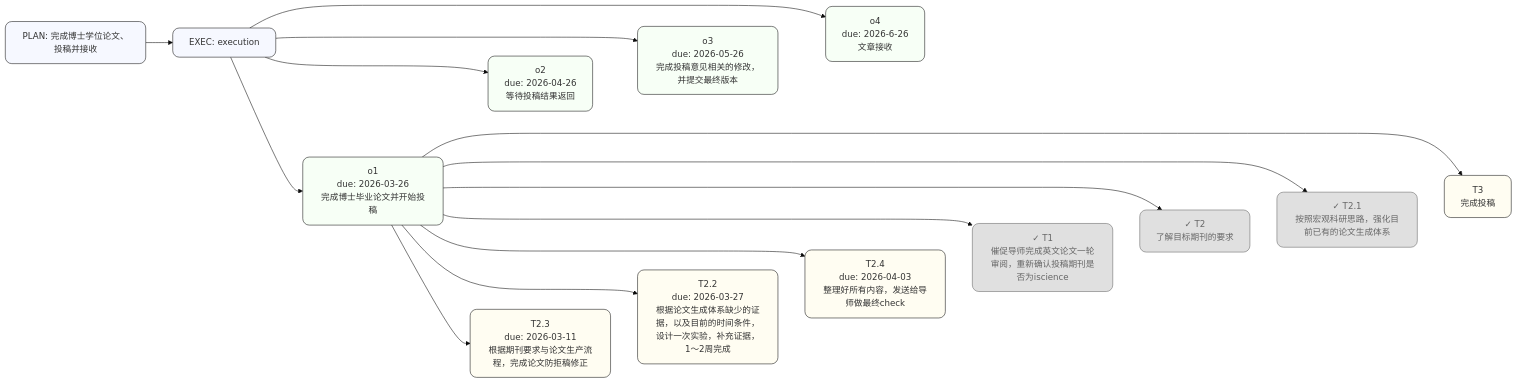
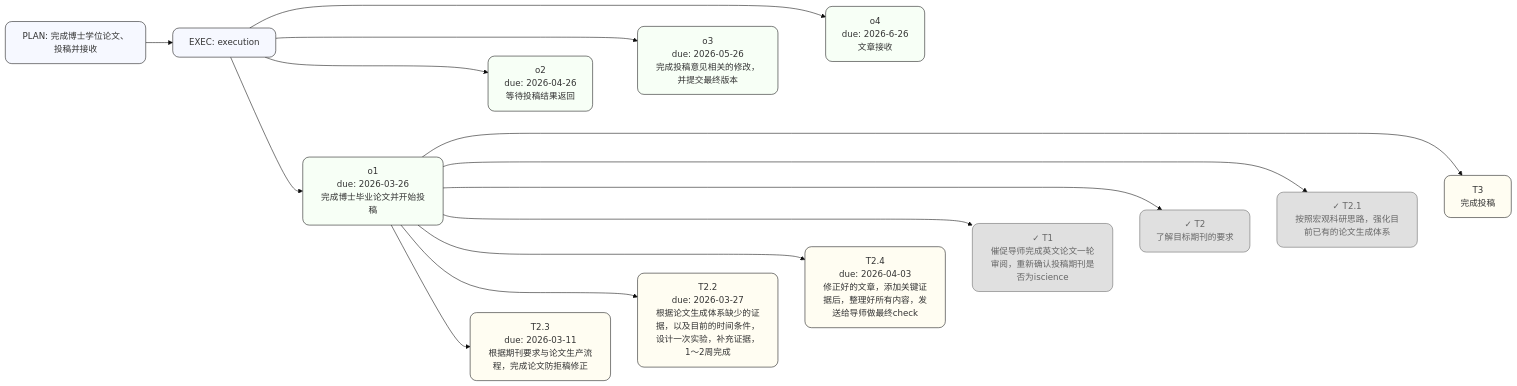
One commit to gbm19950414-ux/Hypothesis-driven-Task-Management-System changed the diagram in outputs/plan_学位证书_graph.mmd. Above: the diagram before and after it, drawn with Mermaid (base theme). The commit also changed 30 other files, not shown here.

```diff
--- a/outputs/plan_学位证书_graph.mmd
+++ b/outputs/plan_学位证书_graph.mmd
@@ -1,41 +1,41 @@
 flowchart LR
 classDef card fill:#ffffff,stroke:#111,stroke-width:1px,rx:10,ry:10;
 classDef plan fill:#f6f8ff,stroke:#111,stroke-width:1px,rx:12,ry:12;
 classDef obj fill:#f7fff6,stroke:#111,stroke-width:1px,rx:12,ry:12;
 classDef hyp fill:#fff6fb,stroke:#111,stroke-width:1px,rx:12,ry:12;
 classDef task fill:#fffdf2,stroke:#111,stroke-width:1px,rx:12,ry:12;
 classDef done fill:#e0e0e0,stroke:#666,stroke-width:1px,color:#666,rx:12,ry:12;
 PLAN["PLAN: 完成博士学位论文、投稿并接收"]:::plan
 EP["EXEC: execution"]:::plan
 PLAN --> EP
 OBJ_o1["o1<br/>due: 2026-03-26<br/>完成博士毕业论文并开始投稿"]:::obj
 EP --> OBJ_o1
 OBJ_o2["o2<br/>due: 2026-04-26<br/>等待投稿结果返回"]:::obj
 EP --> OBJ_o2
 OBJ_o3["o3<br/>due: 2026-05-26<br/>完成投稿意见相关的修改，并提交最终版本"]:::obj
 EP --> OBJ_o3
 OBJ_o4["o4<br/>due: 2026-6-26<br/>文章接收"]:::obj
 EP --> OBJ_o4
 OBJ_o1 ~~~ OBJ_o2
 OBJ_o2 ~~~ OBJ_o3
 OBJ_o3 ~~~ OBJ_o4
 TASK_T2.3["T2.3<br/>due: 2026-03-11<br/>根据期刊要求与论文生产流程，完成论文防拒稿修正"]:::task
 OBJ_o1 --> TASK_T2.3
 TASK_T2.2["T2.2<br/>due: 2026-03-27<br/>根据论文生成体系缺少的证据，以及目前的时间条件，设计一次实验，补充证据，1～2周完成"]:::task
 OBJ_o1 --> TASK_T2.2
-TASK_T2.4["T2.4<br/>due: 2026-04-03<br/>整理好所有内容，发送给导师做最终check"]:::task
+TASK_T2.4["T2.4<br/>due: 2026-04-03<br/>修正好的文章，添加关键证据后，整理好所有内容，发送给导师做最终check"]:::task
 OBJ_o1 --> TASK_T2.4
 TASK_T1["✓ T1<br/>催促导师完成英文论文一轮审阅，重新确认投稿期刊是否为iscience"]:::done
 OBJ_o1 --> TASK_T1
 TASK_T2["✓ T2<br/>了解目标期刊的要求"]:::done
 OBJ_o1 --> TASK_T2
 TASK_T2.1["✓ T2.1<br/>按照宏观科研思路，强化目前已有的论文生成体系"]:::done
 OBJ_o1 --> TASK_T2.1
 TASK_T3["T3<br/>完成投稿"]:::task
 OBJ_o1 --> TASK_T3
 TASK_T2.3 ~~~ TASK_T2.2
 TASK_T2.2 ~~~ TASK_T2.4
 TASK_T2.4 ~~~ TASK_T1
 TASK_T1 ~~~ TASK_T2
 TASK_T2 ~~~ TASK_T2.1
 TASK_T2.1 ~~~ TASK_T3
```
